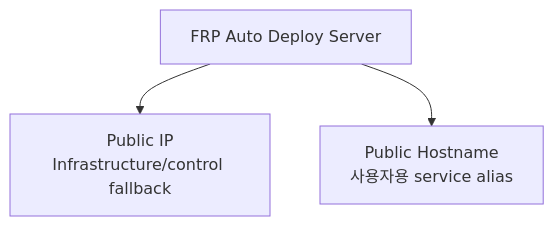
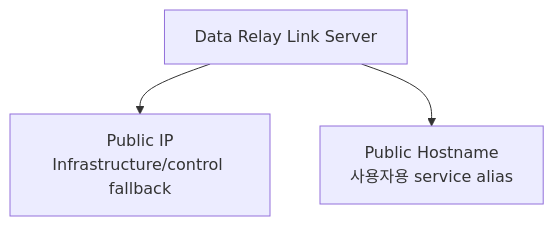
Before and after one commit to datarelay-labs/data-relay-link-docs: the first of 3 diagrams in ko/deployment/dns-hostname.mdx, drawn with Mermaid. The commit also changed other lines of this file and 32 other files, not shown here.

````diff
--- a/ko/deployment/dns-hostname.mdx
+++ b/ko/deployment/dns-hostname.mdx
@@ -12,8 +12,8 @@
 ```mermaid
 flowchart TD
-    S[FRP Auto Deploy Server]
+    S[Data Relay Link Server]
     IP[Public IP\nInfrastructure/control fallback]
     DNS[Public Hostname\n사용자용 service alias]
     S --> IP
     S --> DNS
 ```
````
